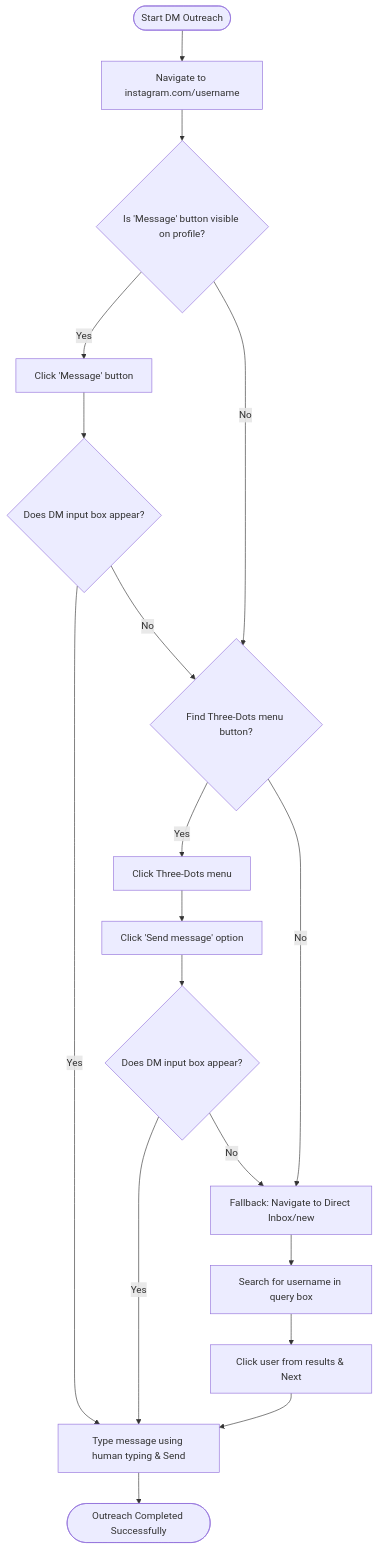
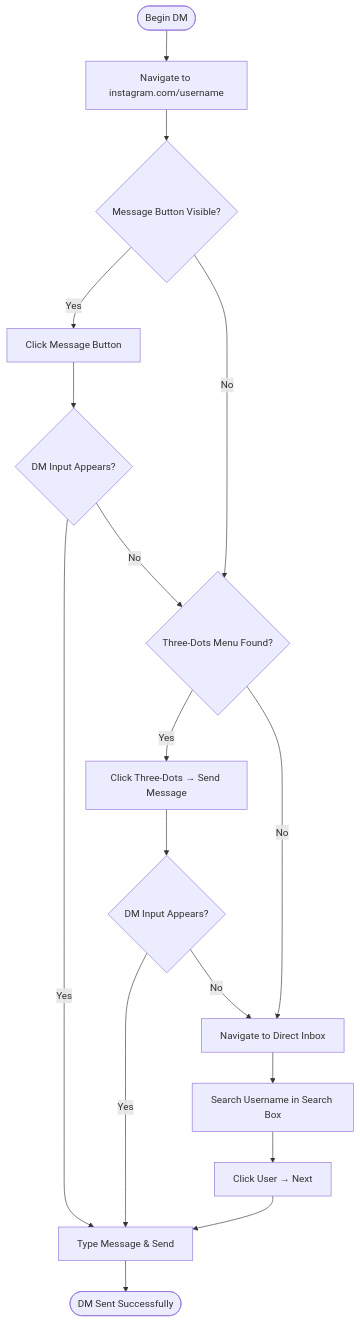
The fourth of 4 diagrams in README.md (NLR-2007/insta-auto-dm-bot-nlr), drawn with Mermaid before and after one commit. The commit also changed other lines of this file and 9 other files, not shown here.

````diff
--- a/README.md
+++ b/README.md
@@ -113,20 +226,19 @@
 ```mermaid
 graph TD
-    Start([Start DM Outreach]) --> NavProfile[Navigate to instagram.com/username]
-    NavProfile --> Strategy1{Is 'Message' button visible on profile?}
-    Strategy1 -->|Yes| ClickMessage[Click 'Message' button]
-    ClickMessage --> CheckInput1{Does DM input box appear?}
-    CheckInput1 -->|Yes| TypeMessage[Type message using human typing & Send]
-    CheckInput1 -->|No| Strategy2
-    Strategy1 -->|No| Strategy2{Find Three-Dots menu button?}
-    Strategy2 -->|Yes| ClickDots[Click Three-Dots menu]
-    ClickDots --> ClickSendMsgOption[Click 'Send message' option]
-    ClickSendMsgOption --> CheckInput2{Does DM input box appear?}
-    CheckInput2 -->|Yes| TypeMessage
-    CheckInput2 -->|No| Strategy3
-    Strategy2 -->|No| Strategy3[Fallback: Navigate to Direct Inbox/new]
-    Strategy3 --> SearchUser[Search for username in query box]
-    SearchUser --> ClickResult[Click user from results & Next]
-    ClickResult --> TypeMessage
-    TypeMessage --> Success([Outreach Completed Successfully])
+    Start([Begin DM]) --> Nav[Navigate to instagram.com/username]
+    Nav --> T1{Message Button Visible?}
+    T1 -->|Yes| Click1[Click Message Button]
+    Click1 --> Input1{DM Input Appears?}
+    Input1 -->|Yes| Type[Type Message & Send]
+    Input1 -->|No| T2
+    T1 -->|No| T2{Three-Dots Menu Found?}
+    T2 -->|Yes| ClickDots[Click Three-Dots → Send Message]
+    ClickDots --> Input2{DM Input Appears?}
+    Input2 -->|Yes| Type
+    Input2 -->|No| T3
+    T2 -->|No| T3[Navigate to Direct Inbox]
+    T3 --> Search[Search Username in Search Box]
+    Search --> ClickUser[Click User → Next]
+    ClickUser --> Type
+    Type --> Success([DM Sent Successfully])
 ```
````
